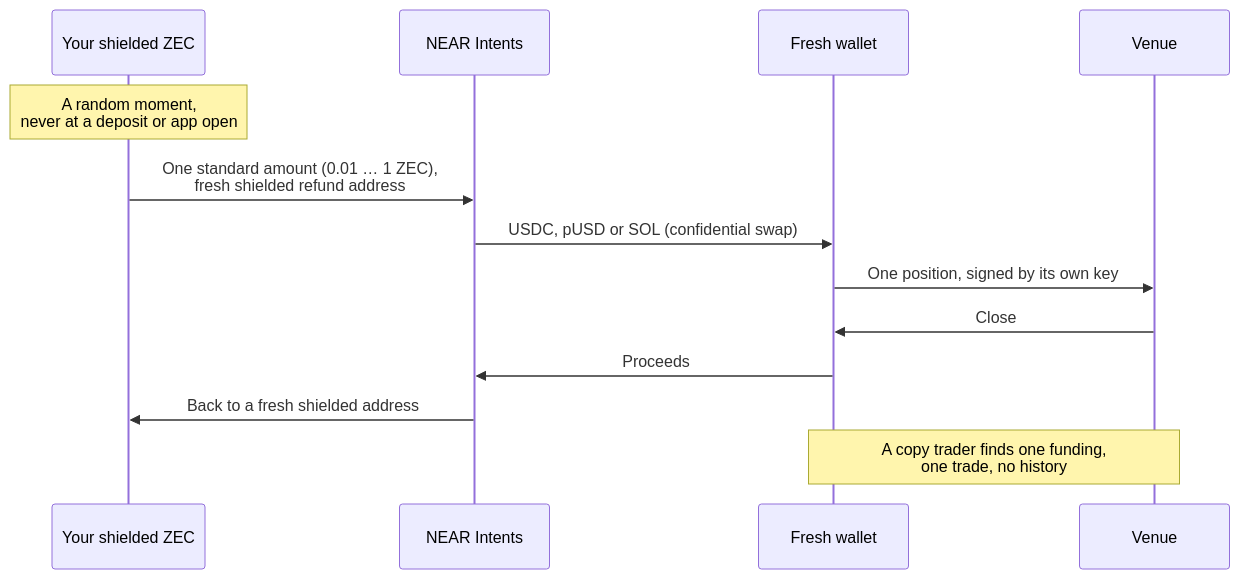
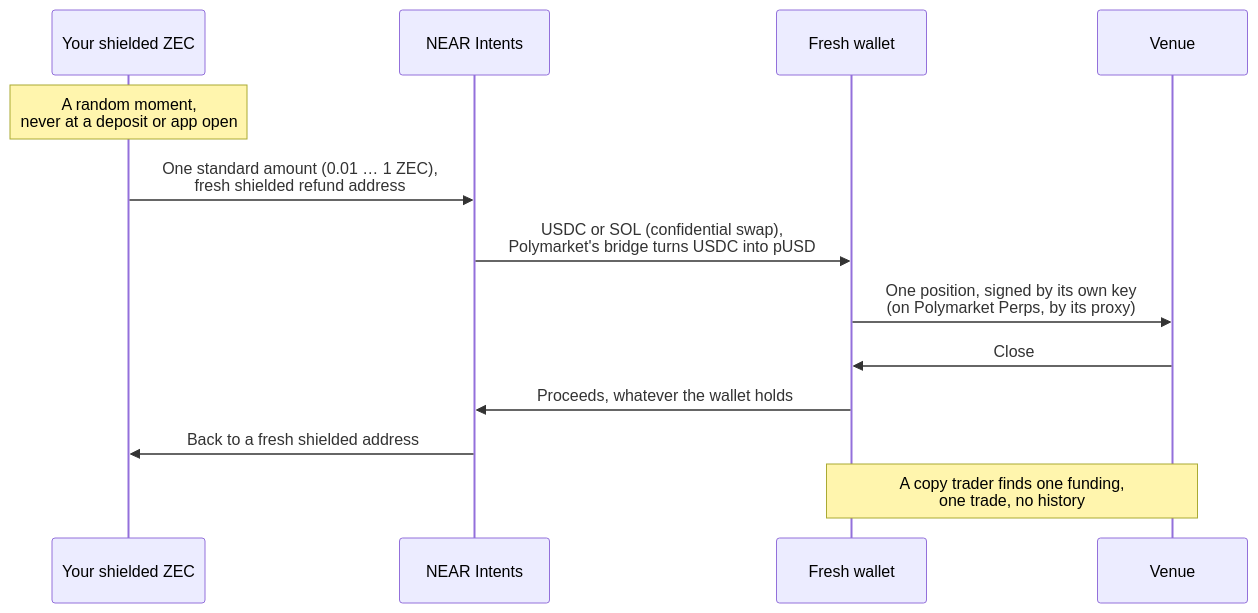
Before and after one commit to mitoshi-xyz/mitoshi: the diagram in .github/diagrams/readme-funding.mmd, drawn with Mermaid. The commit also changed 18 other files, not shown here.

```diff
--- a/.github/diagrams/readme-funding.mmd
+++ b/.github/diagrams/readme-funding.mmd
@@ -1,13 +1,13 @@
 sequenceDiagram
   participant Y as Your shielded ZEC
   participant N as NEAR Intents
   participant F as Fresh wallet
   participant V as Venue
   Note over Y: A random moment,<br/>never at a deposit or app open
   Y->>N: One standard amount (0.01 … 1 ZEC),<br/>fresh shielded refund address
-  N->>F: USDC, pUSD or SOL (confidential swap)
-  F->>V: One position, signed by its own key
+  N->>F: USDC or SOL (confidential swap),<br/>Polymarket's bridge turns USDC into pUSD
+  F->>V: One position, signed by its own key<br/>(on Polymarket Perps, by its proxy)
   V->>F: Close
-  F->>N: Proceeds
+  F->>N: Proceeds, whatever the wallet holds
   N->>Y: Back to a fresh shielded address
   Note over F,V: A copy trader finds one funding,<br/>one trade, no history
```
